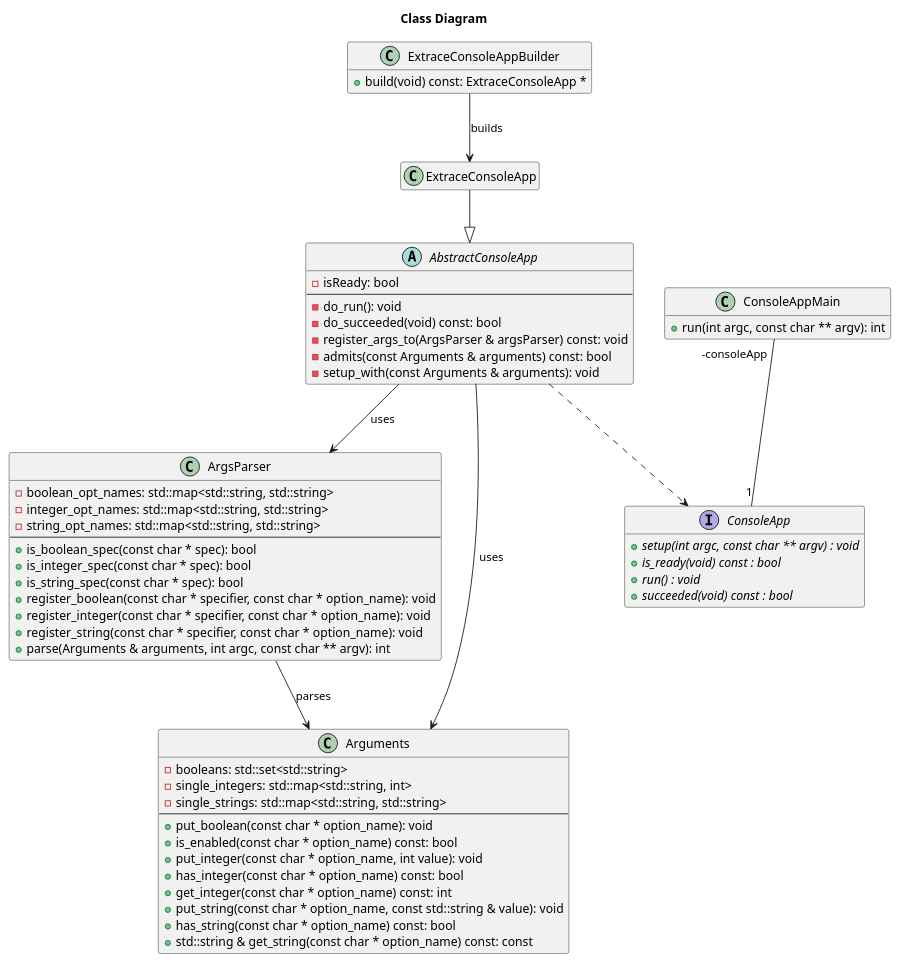
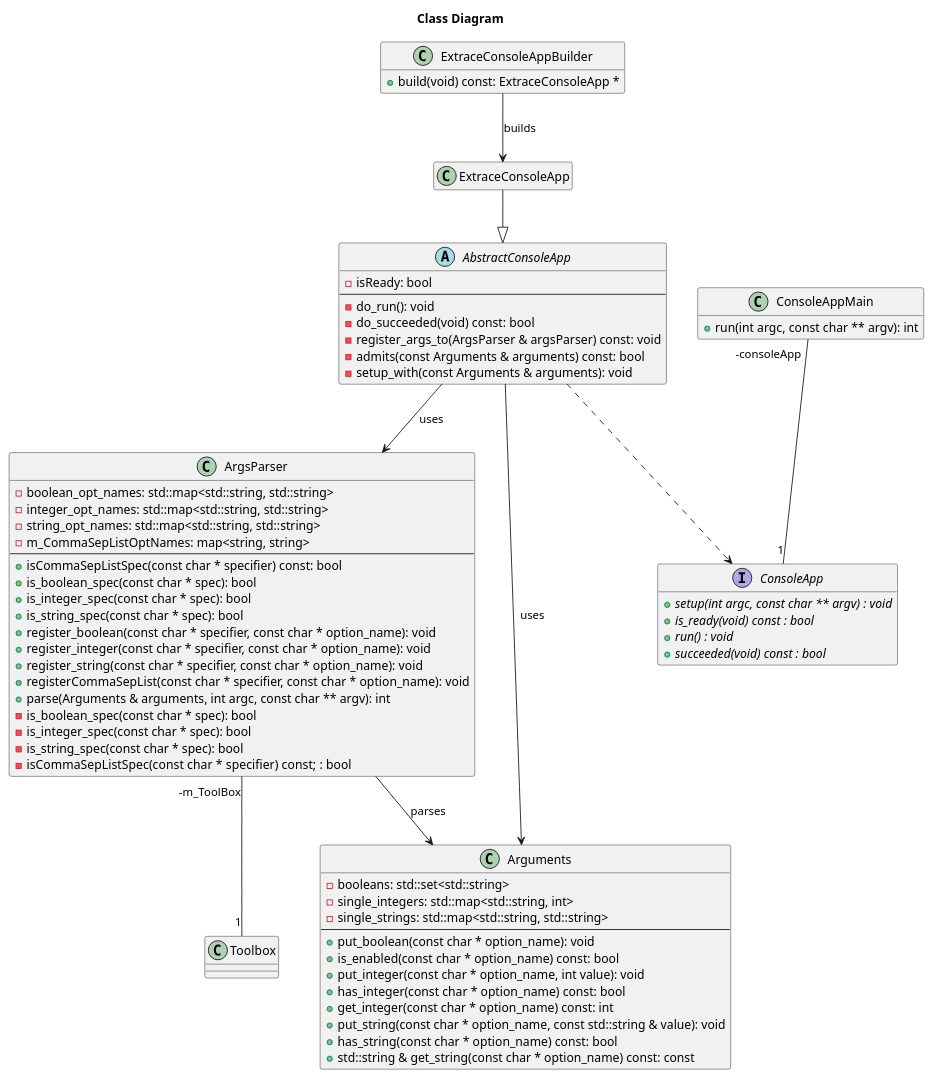
The diagram in docs/design/class.puml (littlewhywhat/extrace), drawn with PlantUML before and after one commit. The commit also changed 8 other files, not shown here.

Commit message:
Add commaseplist option in ArgsParser, string list in arguments

```diff
--- a/docs/design/class.puml
+++ b/docs/design/class.puml
@@ -1,79 +1,87 @@
 @startuml
 
 title Class Diagram
 
 interface ConsoleApp {
   + {abstract} setup(int argc, const char ** argv) : void
   + {abstract} is_ready(void) const : bool
   + {abstract} run() : void
   + {abstract} succeeded(void) const : bool
 }
 hide ConsoleApp fields
 
 abstract class AbstractConsoleApp {
   - isReady: bool
   --
   - do_run(): void
   - do_succeeded(void) const: bool
   - register_args_to(ArgsParser & argsParser) const: void
   - admits(const Arguments & arguments) const: bool
   - setup_with(const Arguments & arguments): void
 }
 
 AbstractConsoleApp ..> ConsoleApp
 AbstractConsoleApp --> ArgsParser: uses
 AbstractConsoleApp --> Arguments: uses
 
 class ArgsParser {
   - boolean_opt_names: std::map<std::string, std::string>
   - integer_opt_names: std::map<std::string, std::string>
   - string_opt_names: std::map<std::string, std::string>
+  - m_CommaSepListOptNames: map<string, string>
   --
+  + isCommaSepListSpec(const char * specifier) const: bool
   + is_boolean_spec(const char * spec): bool
   + is_integer_spec(const char * spec): bool
   + is_string_spec(const char * spec): bool
   + register_boolean(const char * specifier, const char * option_name): void
   + register_integer(const char * specifier, const char * option_name): void
   + register_string(const char * specifier, const char * option_name): void
+  + registerCommaSepList(const char * specifier, const char * option_name): void
   + parse(Arguments & arguments, int argc, const char ** argv): int
+  - is_boolean_spec(const char * spec): bool
+  - is_integer_spec(const char * spec): bool
+  - is_string_spec(const char * spec): bool
+  - isCommaSepListSpec(const char * specifier) const;  : bool
 }
 
 ArgsParser --> Arguments: parses
+ArgsParser "-m_ToolBox" -- "1" Toolbox
 
 class Arguments {
   - booleans: std::set<std::string>
   - single_integers: std::map<std::string, int>
   - single_strings: std::map<std::string, std::string>
   --
   + put_boolean(const char * option_name): void
   + is_enabled(const char * option_name) const: bool
   + put_integer(const char * option_name, int value): void
   + has_integer(const char * option_name) const: bool
   + get_integer(const char * option_name) const: int
   + put_string(const char * option_name, const std::string & value): void
   + has_string(const char * option_name) const: bool
   + std::string & get_string(const char * option_name) const: const
 }
 
 class ConsoleAppMain {
   + run(int argc, const char ** argv): int
 }
 hide ConsoleAppMain fields
 
 ConsoleAppMain "-consoleApp" -- "1" ConsoleApp
 
 class ExtraceConsoleApp {
 }
 hide ExtraceConsoleApp methods
 hide ExtraceConsoleApp fields
 
 ExtraceConsoleApp --|> AbstractConsoleApp
 
 class ExtraceConsoleAppBuilder {
   + build(void) const: ExtraceConsoleApp * 
 }
 hide ExtraceConsoleAppBuilder fields
 
 ExtraceConsoleAppBuilder --> ExtraceConsoleApp: builds
 
 @enduml
```
